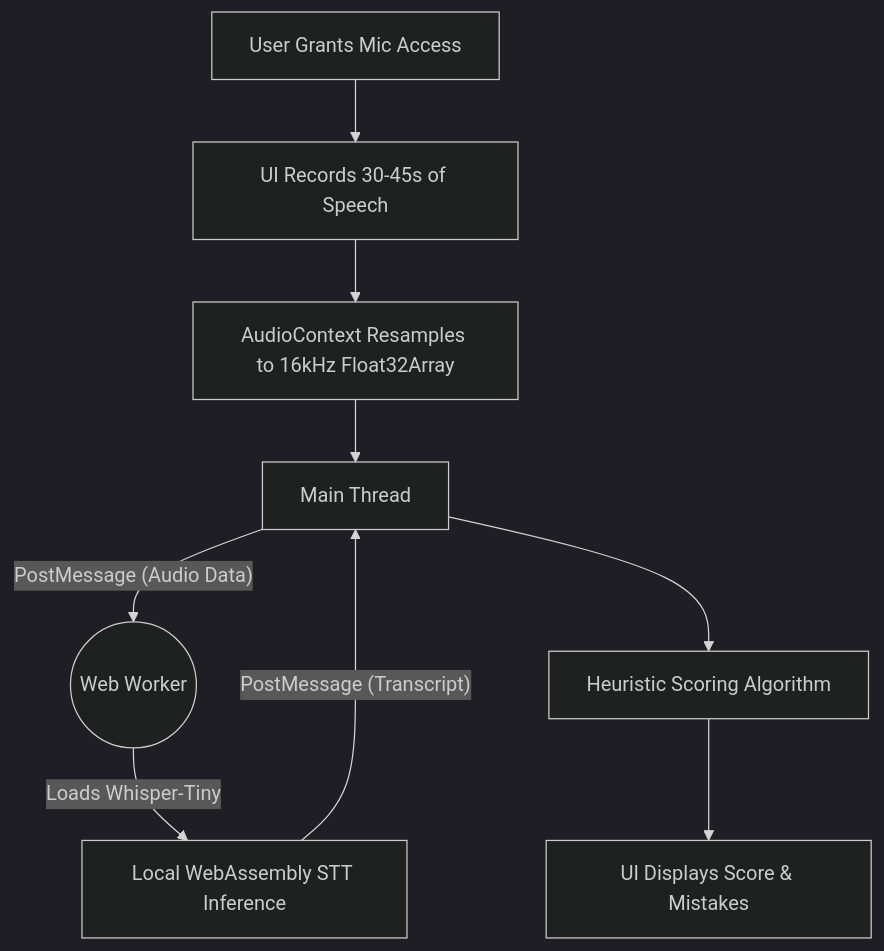
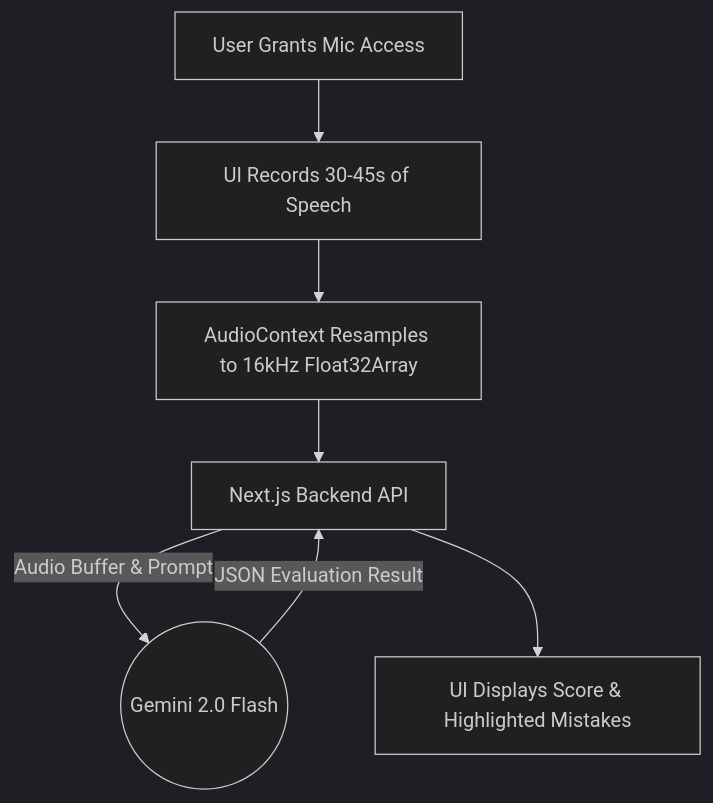
The diagram in README.md (Harsh-karn/PronounceAI), drawn with Mermaid (dark theme) before and after one commit. The commit also changed other lines of this file, not shown here.

Commit message:
docs: update README for Gemini API migration

````diff
--- a/README.md
+++ b/README.md
@@ -35,11 +33,9 @@
 ```mermaid
 graph TD
     A[User Grants Mic Access] --> B[UI Records 30-45s of Speech]
     B --> C[AudioContext Resamples to 16kHz Float32Array]
-    C --> D[Main Thread]
-    D -- PostMessage (Audio Data) --> E((Web Worker))
-    E -- Loads Whisper-Tiny --> F[Local WebAssembly STT Inference]
-    F -- PostMessage (Transcript) --> D
-    D --> G[Heuristic Scoring Algorithm]
-    G --> H[UI Displays Score & Mistakes]
+    C --> D[Next.js Backend API]
+    D -- Audio Buffer & Prompt --> E((Gemini 2.0 Flash))
+    E -- JSON Evaluation Result --> D
+    D --> F[UI Displays Score & Highlighted Mistakes]
 ```
````
